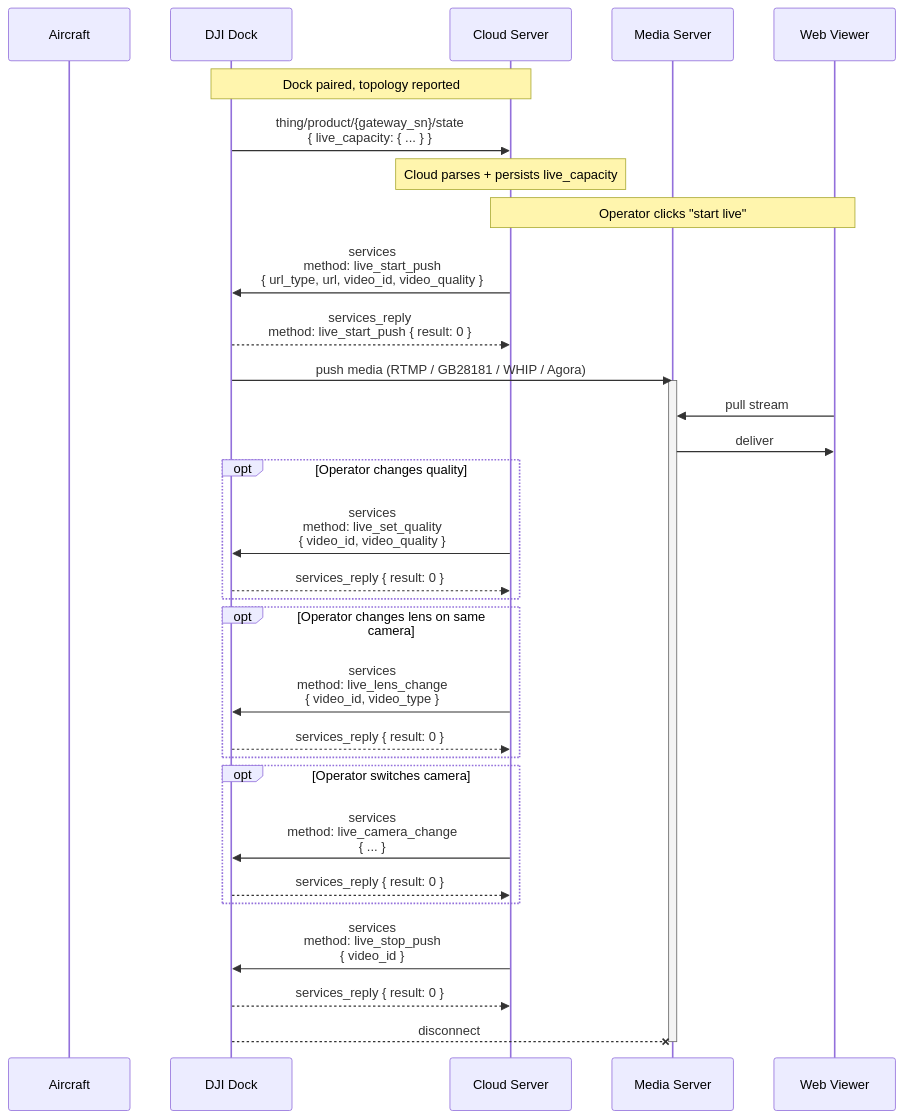
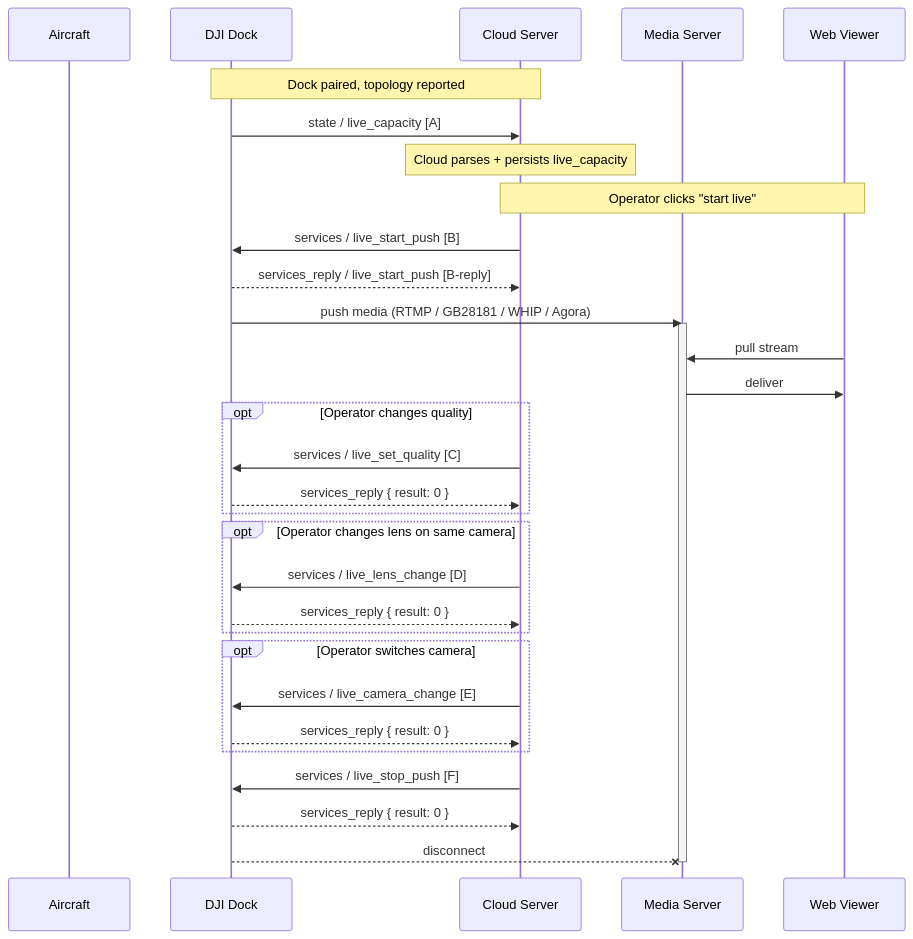
The first of 3 diagrams in master-docs/workflows/livestream-start-stop.md (larry-watkins-wps/DJI-docs-master), drawn with Mermaid before and after one commit. The commit also changed other lines of this file and 10 other files, not shown here.

First line of the commit message:
docs: beautify workflow mermaid diagrams with separate JSON payload blocks

````diff
--- a/master-docs/workflows/livestream-start-stop.md
+++ b/master-docs/workflows/livestream-start-stop.md
@@ -44,42 +44,42 @@
 ```mermaid
 sequenceDiagram
     participant aircraft as Aircraft
     participant dock as DJI Dock
     participant cloud as Cloud Server
     participant media as Media Server
     participant web as Web Viewer
 
     note over dock,cloud: Dock paired, topology reported
-    dock ->> cloud: thing/product/{gateway_sn}/state<br/>{ live_capacity: { ... } }
+    dock ->> cloud: state / live_capacity   [A]
     note over cloud: Cloud parses + persists live_capacity
 
     note over cloud,web: Operator clicks "start live"
 
-    cloud ->> dock: services<br/>method: live_start_push<br/>{ url_type, url, video_id, video_quality }
-    dock -->> cloud: services_reply<br/>method: live_start_push { result: 0 }
+    cloud ->> dock: services / live_start_push   [B]
+    dock -->> cloud: services_reply / live_start_push   [B-reply]
 
     dock ->> media: push media (RTMP / GB28181 / WHIP / Agora)
     activate media
     web ->> media: pull stream
     media ->> web: deliver
 
     opt Operator changes quality
-        cloud ->> dock: services<br/>method: live_set_quality<br/>{ video_id, video_quality }
+        cloud ->> dock: services / live_set_quality   [C]
         dock -->> cloud: services_reply { result: 0 }
     end
 
     opt Operator changes lens on same camera
-        cloud ->> dock: services<br/>method: live_lens_change<br/>{ video_id, video_type }
+        cloud ->> dock: services / live_lens_change   [D]
         dock -->> cloud: services_reply { result: 0 }
     end
 
     opt Operator switches camera
-        cloud ->> dock: services<br/>method: live_camera_change<br/>{ ... }
+        cloud ->> dock: services / live_camera_change   [E]
         dock -->> cloud: services_reply { result: 0 }
     end
 
-    cloud ->> dock: services<br/>method: live_stop_push<br/>{ video_id }
+    cloud ->> dock: services / live_stop_push   [F]
     dock -->> cloud: services_reply { result: 0 }
     dock --x media: disconnect
     deactivate media
 ```
````
